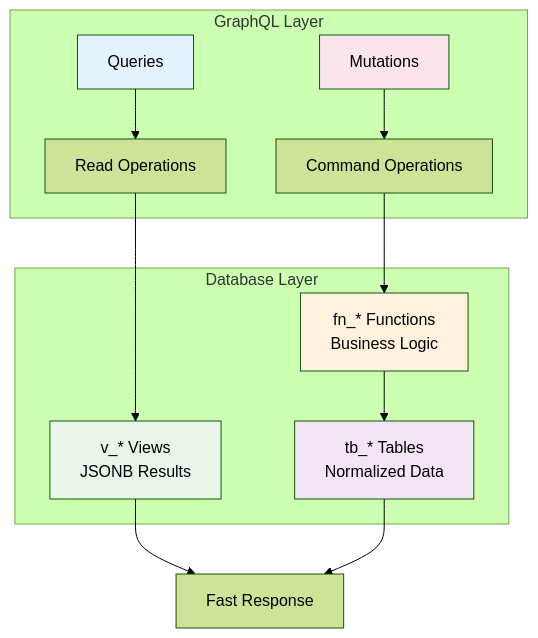
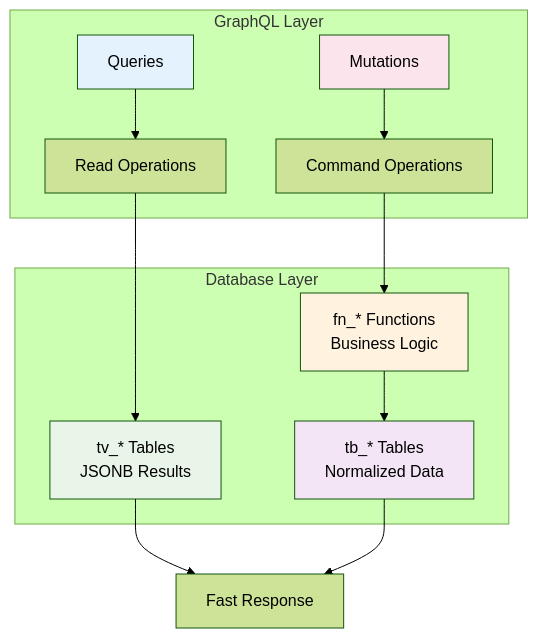
One commit to fraiseql/fraiseql changed the diagram in docs/diagrams/cqrs-pattern.md. Above: the diagram before and after it, drawn with Mermaid (forest theme). The commit also changed other lines of this file and 1 other file, not shown here.

First line of the commit message:
docs: fix CQRS pattern consistency to use tv_* tables as primary

````diff
--- a/docs/diagrams/cqrs-pattern.md
+++ b/docs/diagrams/cqrs-pattern.md
@@ -52,22 +52,22 @@
 ```mermaid
 graph TD
     subgraph "GraphQL Layer"
         Q[Queries] --> RQ[Read Operations]
         M[Mutations] --> CQ[Command Operations]
     end
 
     subgraph "Database Layer"
-        RQ --> V[v_* Views<br/>JSONB Results]
+        RQ --> TV[tv_* Tables<br/>JSONB Results]
         CQ --> F[fn_* Functions<br/>Business Logic]
         F --> T[tb_* Tables<br/>Normalized Data]
     end
 
-    V --> R[Fast Response]
+    TV --> R[Fast Response]
     T --> R
 
     style Q fill:#e3f2fd
     style M fill:#fce4ec
-    style V fill:#e8f5e8
+    style TV fill:#e8f5e8
     style F fill:#fff3e0
     style T fill:#f3e5f5
 ```
````
